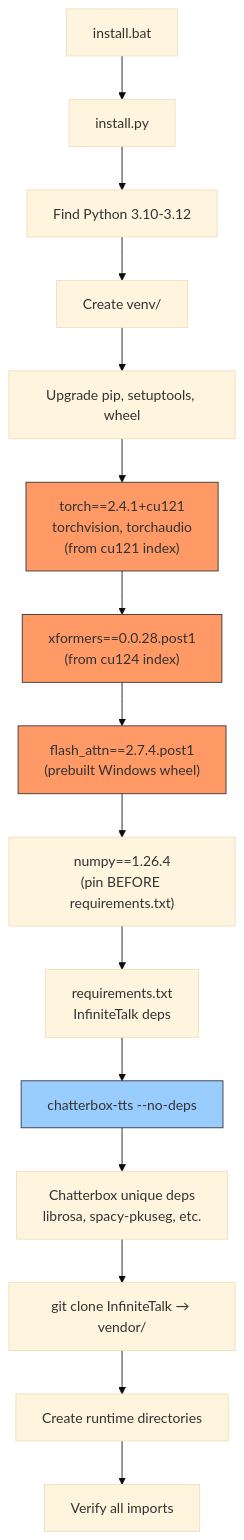
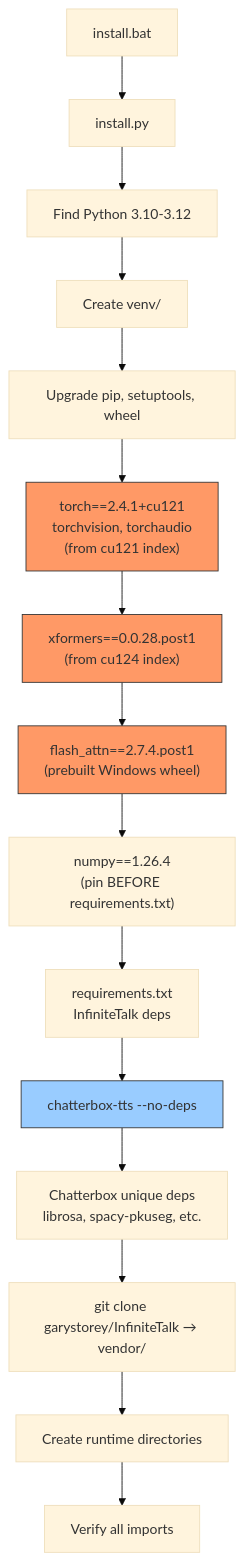
One commit to garystorey/zimbra changed diagram 11 of 16 in docs/tdd.md. Above: the diagram before and after it, drawn with Mermaid (base theme). The commit also changed other lines of this file and 6 other files, not shown here.

````diff
--- a/docs/tdd.md
+++ b/docs/tdd.md
@@ -306,22 +306,22 @@
 ```mermaid
 flowchart TD
     A[install.bat] --> B[install.py]
     B --> C[Find Python 3.10-3.12]
     C --> D[Create venv/]
     D --> E[Upgrade pip, setuptools, wheel]
     E --> F["torch==2.4.1+cu121<br/>torchvision, torchaudio<br/>(from cu121 index)"]
     F --> G["xformers==0.0.28.post1<br/>(from cu124 index)"]
     G --> H["flash_attn==2.7.4.post1<br/>(prebuilt Windows wheel)"]
     H --> I["numpy==1.26.4<br/>(pin BEFORE requirements.txt)"]
     I --> J[requirements.txt<br/>InfiniteTalk deps]
     J --> K["chatterbox-tts --no-deps"]
     K --> L[Chatterbox unique deps<br/>librosa, spacy-pkuseg, etc.]
-    L --> M[git clone InfiniteTalk → vendor/]
+    L --> M[git clone garystorey/InfiniteTalk → vendor/]
     M --> N[Create runtime directories]
     N --> O[Verify all imports]
 
     style F fill:#f96,stroke:#333
     style G fill:#f96,stroke:#333
     style H fill:#f96,stroke:#333
     style K fill:#9cf,stroke:#333
 ```
````
